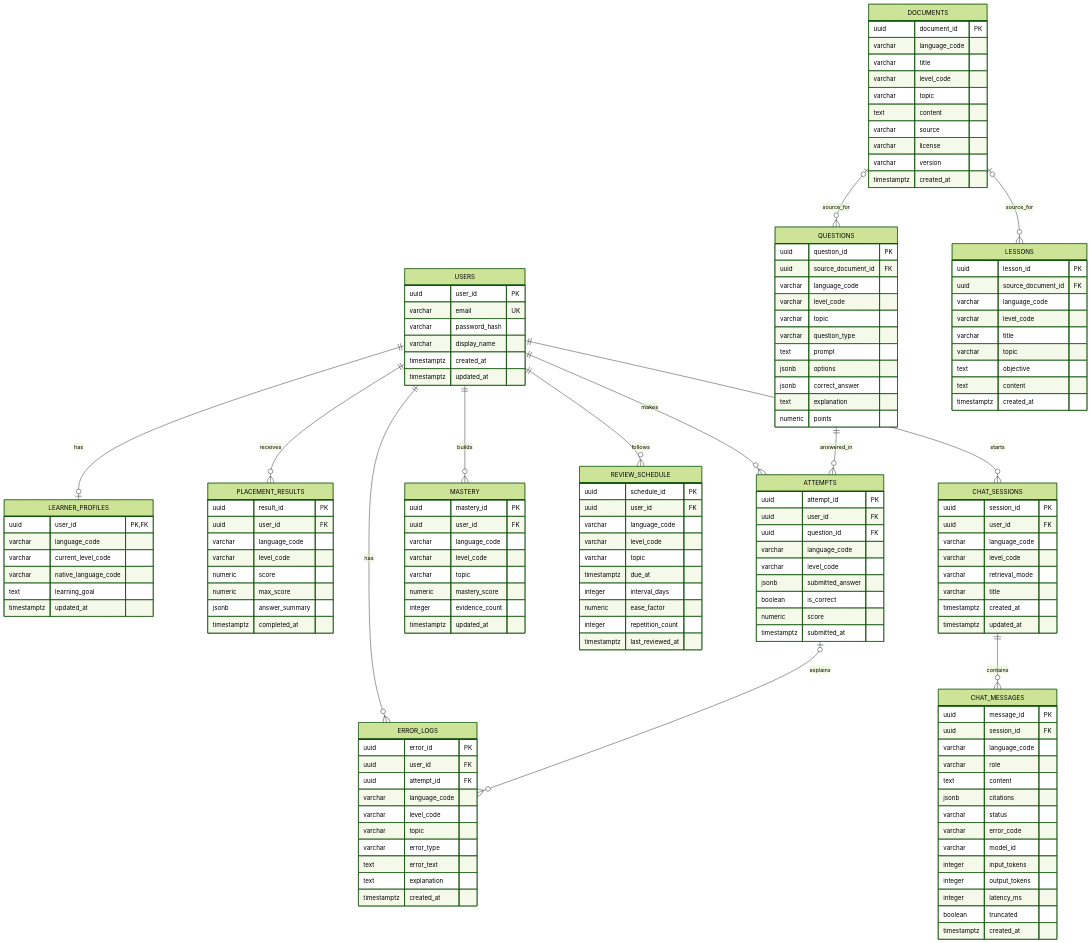
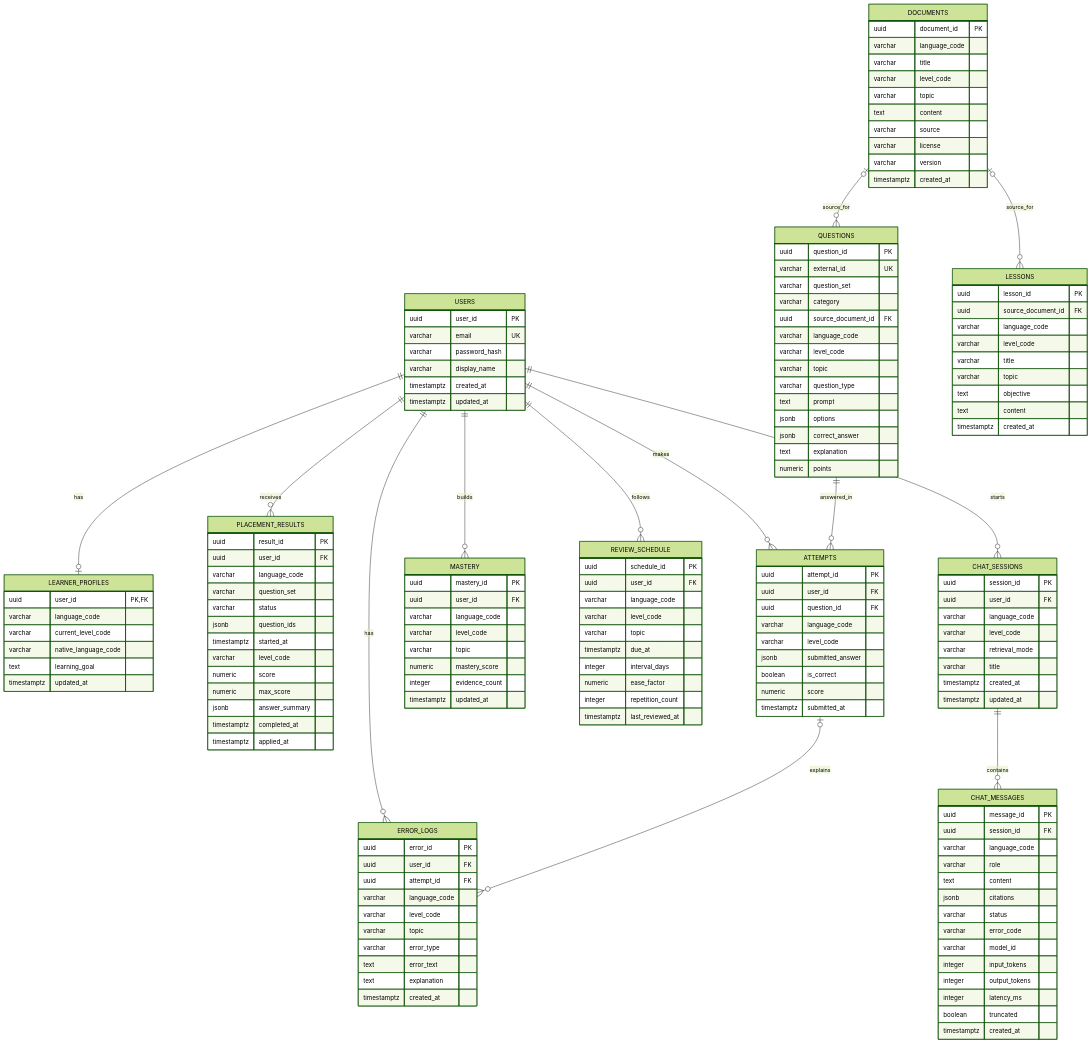
Before and after one commit to Matrixx2005/AI_Language_Tutor: the diagram in docs/DATABASE_DESIGN.md, drawn with Mermaid (forest theme). The commit also changed other lines of this file and 41 other files, not shown here.

```diff
--- a/docs/DATABASE_DESIGN.md
+++ b/docs/DATABASE_DESIGN.md
@@ -67,6 +67,9 @@
     }
     QUESTIONS {
         uuid question_id PK
+        varchar external_id UK
+        varchar question_set
+        varchar category
         uuid source_document_id FK
         varchar language_code
         varchar level_code
@@ -82,11 +85,16 @@
         uuid result_id PK
         uuid user_id FK
         varchar language_code
+        varchar question_set
+        varchar status
+        jsonb question_ids
+        timestamptz started_at
         varchar level_code
         numeric score
         numeric max_score
         jsonb answer_summary
         timestamptz completed_at
+        timestamptz applied_at
     }
     ATTEMPTS {
         uuid attempt_id PK
```
